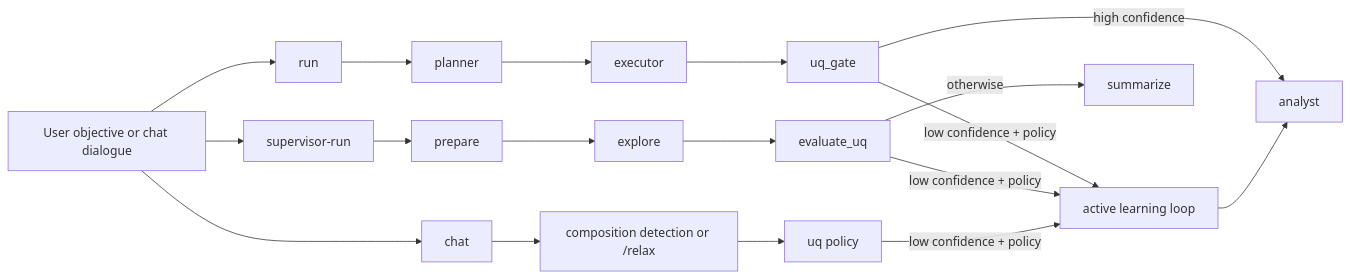
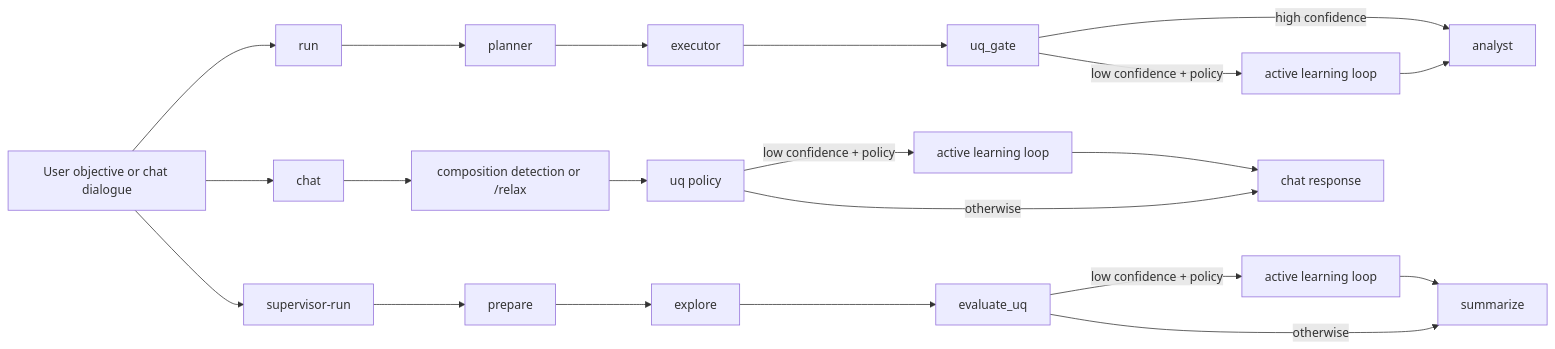
The diagram in docs/workflows/agentic-ai-workflow-slides.md (ORNL/matsim-agents), drawn with Mermaid before and after one commit. The commit also changed 4 other files, not shown here.

Commit message:
Update workflow architecture documentation

````diff
--- a/docs/workflows/agentic-ai-workflow-slides.md
+++ b/docs/workflows/agentic-ai-workflow-slides.md
@@ -5,24 +5,27 @@
 ```mermaid
 flowchart LR
     U[User objective or chat dialogue]
 
     U --> R0[run]
     R0 --> R1[planner]
     R1 --> R2[executor]
     R2 --> R3[uq_gate]
     R3 -->|high confidence| R4[analyst]
-    R3 -->|low confidence + policy| AL[active learning loop]
-    AL --> R4
+    R3 -->|low confidence + policy| RAL[active learning loop]
+    RAL --> R4
 
     U --> S0[supervisor-run]
     S0 --> S1[prepare]
     S1 --> S2[explore]
     S2 --> S3[evaluate_uq]
-    S3 -->|low confidence + policy| AL
+    S3 -->|low confidence + policy| SAL[active learning loop]
+    SAL --> S4[summarize]
     S3 -->|otherwise| S4[summarize]
 
     U --> C0[chat]
     C0 --> C1[composition detection or /relax]
     C1 --> C2[uq policy]
-    C2 -->|low confidence + policy| AL
+    C2 -->|low confidence + policy| CAL[active learning loop]
+    CAL --> C3[chat response]
+    C2 -->|otherwise| C3
 ```
````
